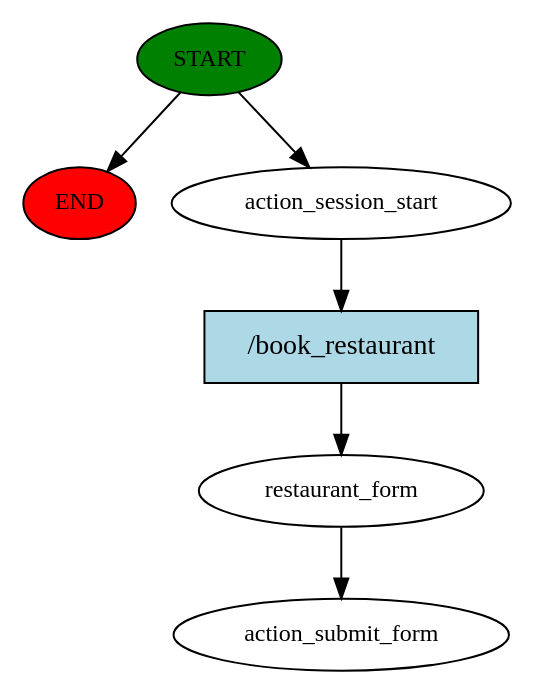
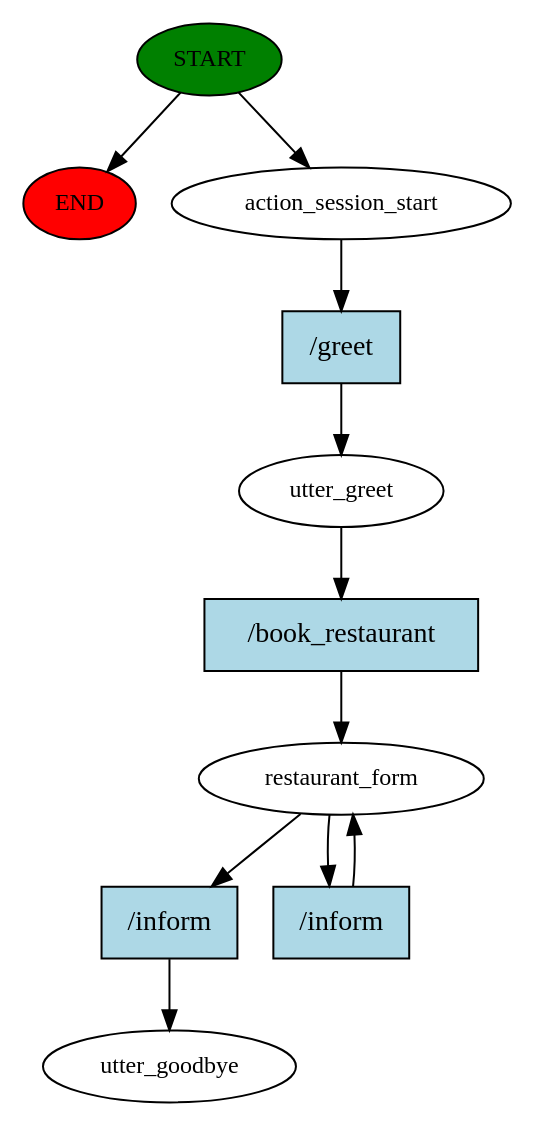
The diagram in story_graph.dot (Sakshyam-Patro/CuisineQuest-AI), drawn with Graphviz before and after one commit. The commit also changed 569 other files, not shown here.

```diff
--- a/story_graph.dot
+++ b/story_graph.dot
@@ -1,13 +1,22 @@
 digraph  {
 0 [class="start active", fillcolor=green, fontsize=12, label=START, style=filled];
 "-1" [class=end, fillcolor=red, fontsize=12, label=END, style=filled];
 1 [class=active, fontsize=12, label=action_session_start];
-2 [class=active, fontsize=12, label=restaurant_form];
-3 [class="dashed active", fontsize=12, label=action_submit_form];
-4 [class="intent active", fillcolor=lightblue, label="/book_restaurant", shape=rect, style=filled];
+2 [class=active, fontsize=12, label=utter_greet];
+3 [class=active, fontsize=12, label=restaurant_form];
+5 [class="dashed active", fontsize=12, label=utter_goodbye];
+6 [class="intent active", fillcolor=lightblue, label="/greet", shape=rect, style=filled];
+7 [class="intent active", fillcolor=lightblue, label="/book_restaurant", shape=rect, style=filled];
+8 [class="intent active", fillcolor=lightblue, label="/inform", shape=rect, style=filled];
+9 [class="intent active", fillcolor=lightblue, label="/inform", shape=rect, style=filled];
 0 -> "-1"  [class="", key=NONE, label=""];
 0 -> 1  [class=active, key=NONE, label=""];
-1 -> 4  [class=active, key=0];
-2 -> 3  [class=active, key=NONE, label=""];
-4 -> 2  [class=active, key=0];
+1 -> 6  [class=active, key=0];
+2 -> 7  [class=active, key=0];
+3 -> 8  [class=active, key=0];
+3 -> 9  [class=active, key=0];
+6 -> 2  [class=active, key=0];
+7 -> 3  [class=active, key=0];
+8 -> 5  [class=active, key=0];
+9 -> 3  [class=active, key=0];
 }
```
